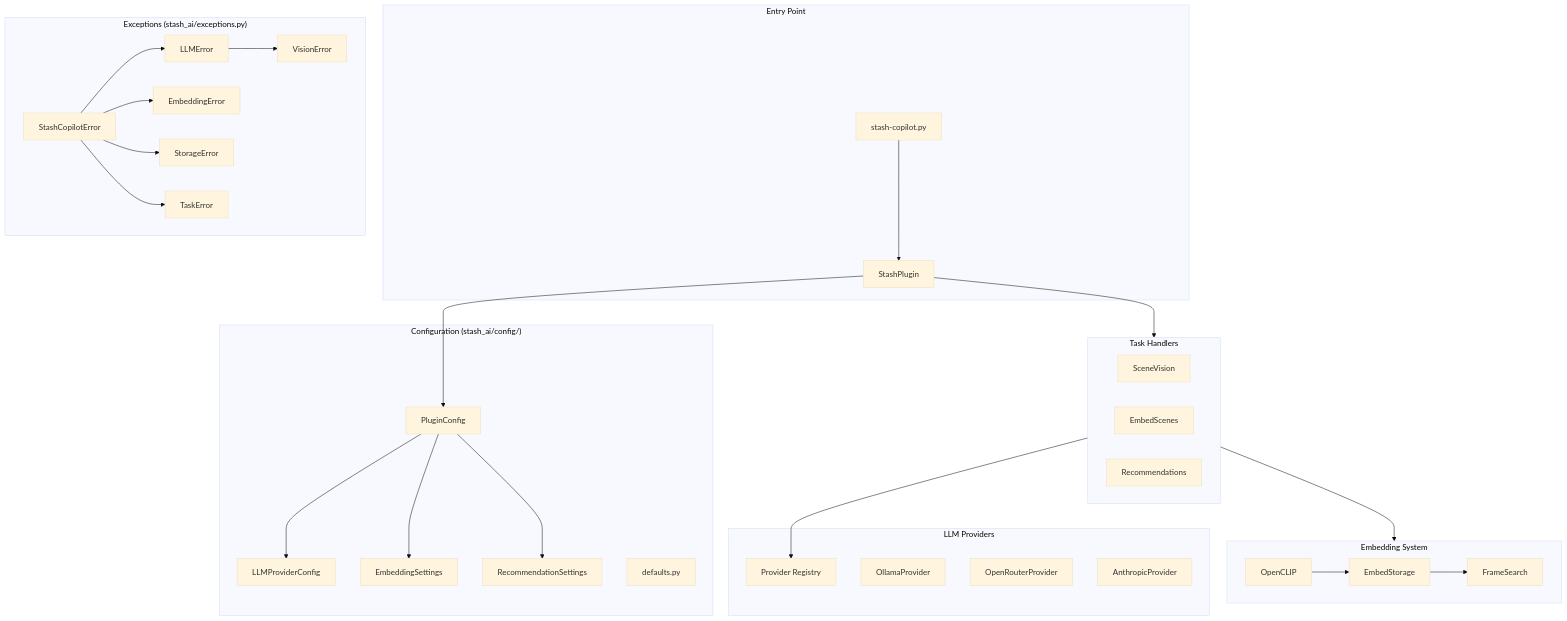
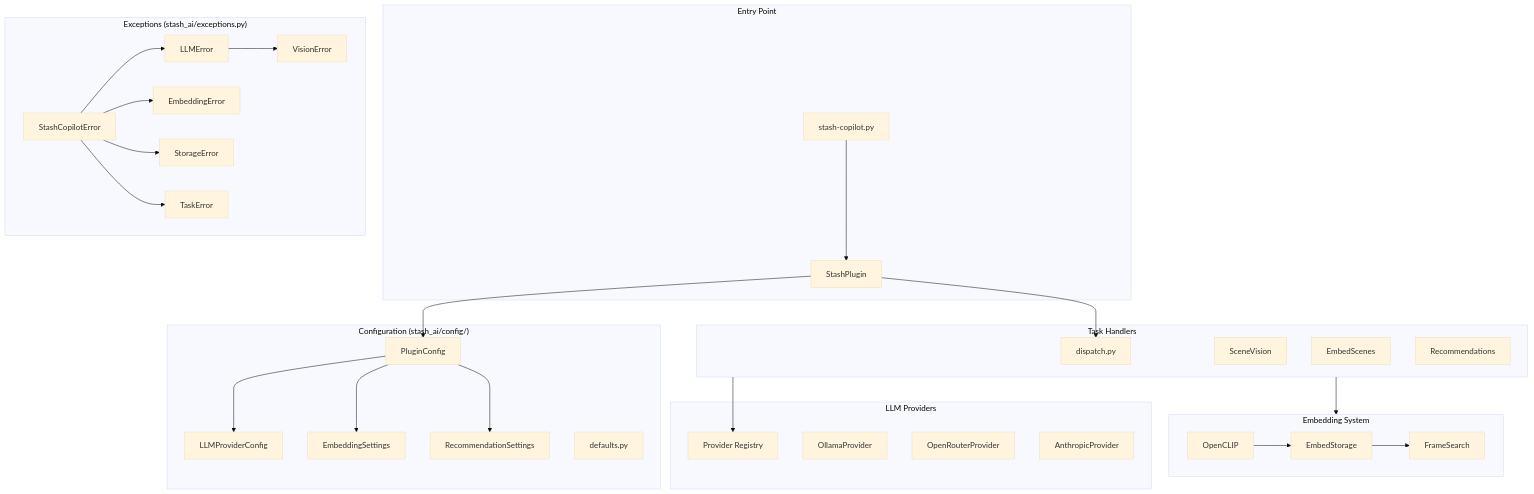
The diagram in CLAUDE.md (thrway1681/stash-copilot), drawn with Mermaid (base theme) before and after one commit. The commit also changed other lines of this file and 1 other file, not shown here.

Commit message:
docs: update architecture diagrams for dispatch seam (issue #4, commit 1)
Add dispatch.py node to the Task Handlers subgraph in both diagrams and
route StashPlugin --> Dispatch, satisfying the CLAUDE.md MUST rule for
structural changes (new module + data-flow change).

````diff
--- a/CLAUDE.md
+++ b/CLAUDE.md
@@ -13,38 +13,39 @@
 ```mermaid
 graph TB
     subgraph Entry["Entry Point"]
         Main["stash-copilot.py"] --> StashPlugin
     end
 
     subgraph Config["Configuration (stash_ai/config/)"]
         PluginConfig --> LLMProviderConfig
         PluginConfig --> EmbeddingSettings
         PluginConfig --> RecommendationSettings
         Defaults["defaults.py"]
     end
 
     subgraph Exceptions["Exceptions (stash_ai/exceptions.py)"]
         StashCopilotError --> LLMError --> VisionError
         StashCopilotError --> EmbeddingError
         StashCopilotError --> StorageError
         StashCopilotError --> TaskError
     end
 
     subgraph LLM["LLM Providers"]
         LLMRegistry["Provider Registry"]
         OllamaProvider & OpenRouterProvider & AnthropicProvider
     end
 
     subgraph Embeddings["Embedding System"]
         OpenCLIP --> EmbedStorage --> FrameSearch
     end
 
     subgraph Tasks["Task Handlers"]
+        Dispatch["dispatch.py"]
         SceneVision & EmbedScenes & Recommendations
     end
 
     StashPlugin --> PluginConfig
-    StashPlugin --> Tasks
+    StashPlugin --> Dispatch
     Tasks --> LLMRegistry
     Tasks --> Embeddings
 ```
````
